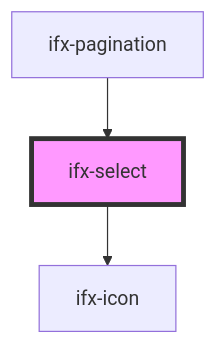
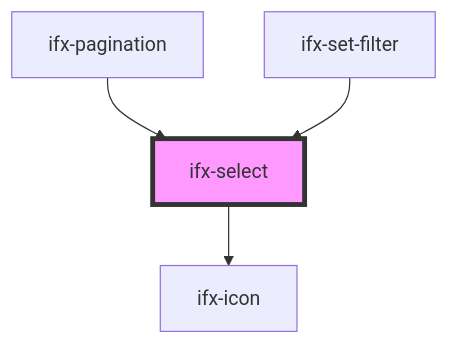
The diagram in packages/components/src/components/select/single-select/readme.md (Infineon/infineon-design-system-stencil), drawn with Mermaid before and after one commit. The commit also changed other lines of this file and 14 other files, not shown here.

Commit message:
set-filter component added and tested within table on storybook

````diff
--- a/packages/components/src/components/select/single-select/readme.md
+++ b/packages/components/src/components/select/single-select/readme.md
@@ -287,6 +288,7 @@
 ```mermaid
 graph TD;
   ifx-select --> ifx-icon
   ifx-pagination --> ifx-select
+  ifx-set-filter --> ifx-select
   style ifx-select fill:#f9f,stroke:#333,stroke-width:4px
 ```
````
